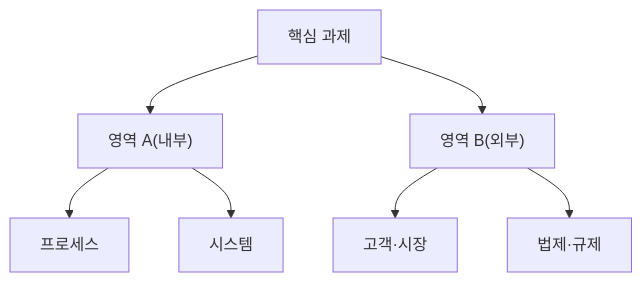
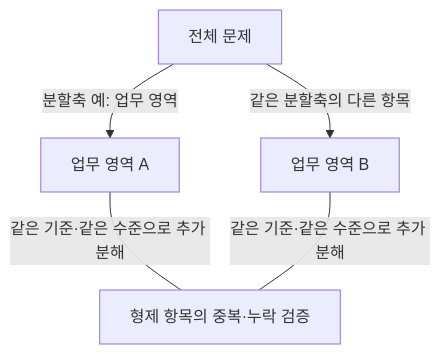
One commit to agnusdei1207/study changed the third of 4 diagrams in src/content/docs/notes/itpe/01-it-strategy/045_mece.md. Above: the diagram before and after it, drawn with Mermaid. The commit also changed other lines of this file and 5 other files, not shown here.

````diff
--- a/src/content/docs/notes/itpe/01-it-strategy/045_mece.md
+++ b/src/content/docs/notes/itpe/01-it-strategy/045_mece.md
@@ -112,9 +114,7 @@
 ```mermaid
 flowchart TD
-    ROOT["핵심 과제"] --> L1_A["영역 A(내부)"]
-    ROOT --> L1_B["영역 B(외부)"]
-    L1_A --> A1["프로세스"]
-    L1_A --> A2["시스템"]
-    L1_B --> B1["고객·시장"]
-    L1_B --> B2["법제·규제"]
+    ROOT["전체 문제"] -->|"분할축 예: 업무 영역"| A["업무 영역 A"]
+    ROOT -->|"같은 분할축의 다른 항목"| B["업무 영역 B"]
+    A ---|"같은 기준·같은 수준으로 추가 분해"| CHECK["형제 항목의 중복·누락 검증"]
+    B ---|"같은 기준·같은 수준으로 추가 분해"| CHECK
 ```
````
